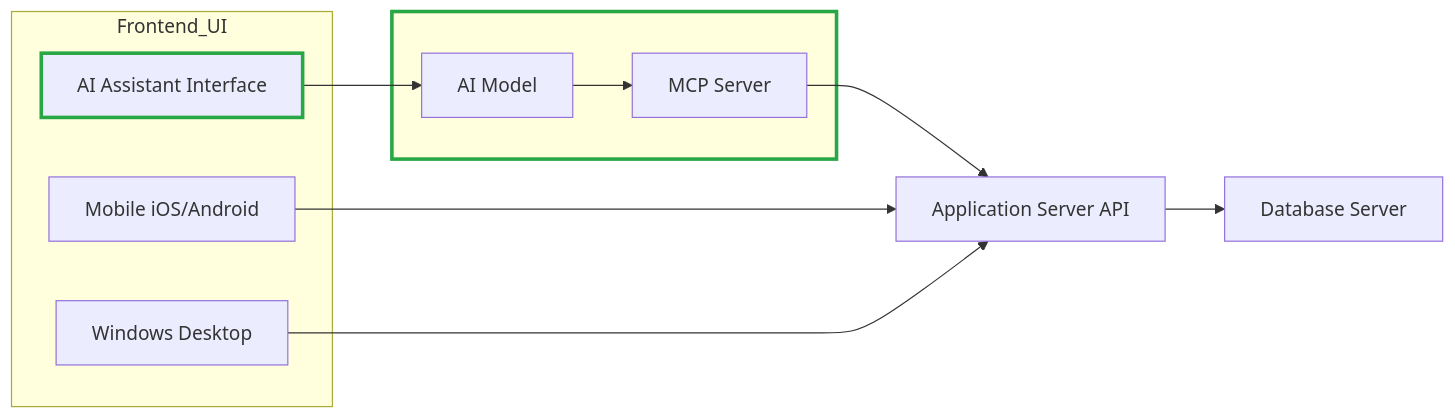
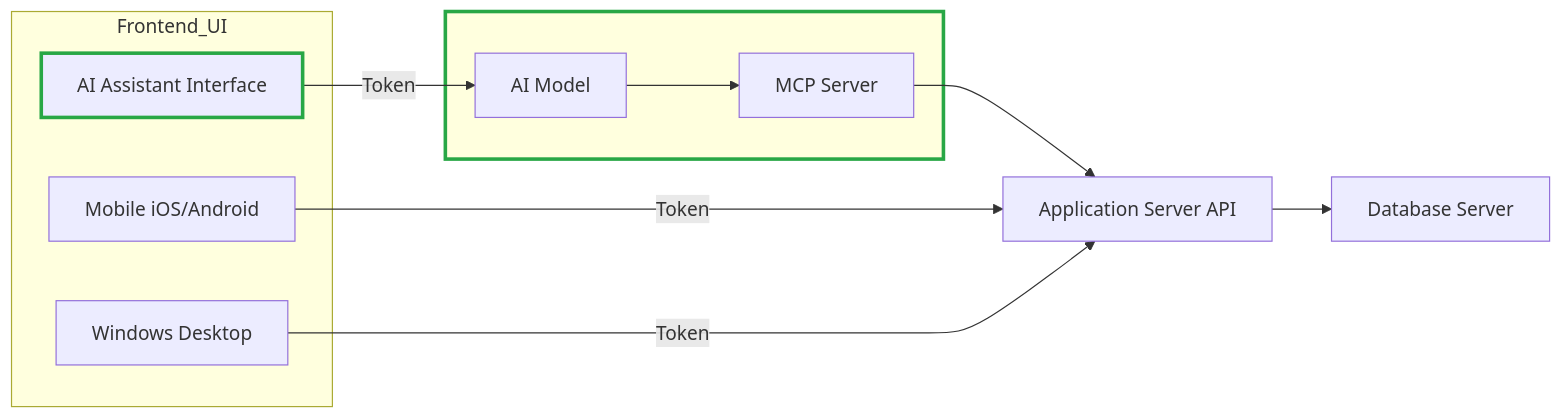
The second of 2 diagrams in README.md (Pcchschen/AIMCPSample), drawn with Mermaid before and after one commit. The commit also changed other lines of this file, not shown here.

````diff
--- a/README.md
+++ b/README.md
@@ -26,17 +29,17 @@
 ```mermaid
   flowchart LR 
     subgraph Frontend_UI 
       A3[AI Assistant Interface] 
       A1[Mobile iOS/Android] 
       A2[Windows Desktop] 
     end 
     subgraph New_Features[" "]
-      A3 --> D[AI Model] 
+      A3 --Token--> D[AI Model] 
       D --> E[MCP Server]                     
     end     
     style New_Features stroke:#28a745,stroke-width:3px 
     style A3 stroke:#28a745,stroke-width:3px
     E --> B[Application Server API]
     B --> C[Database Server] 
-    A1 & A2 --> B  
+    A1 & A2 --Token--> B  
 ```
````
